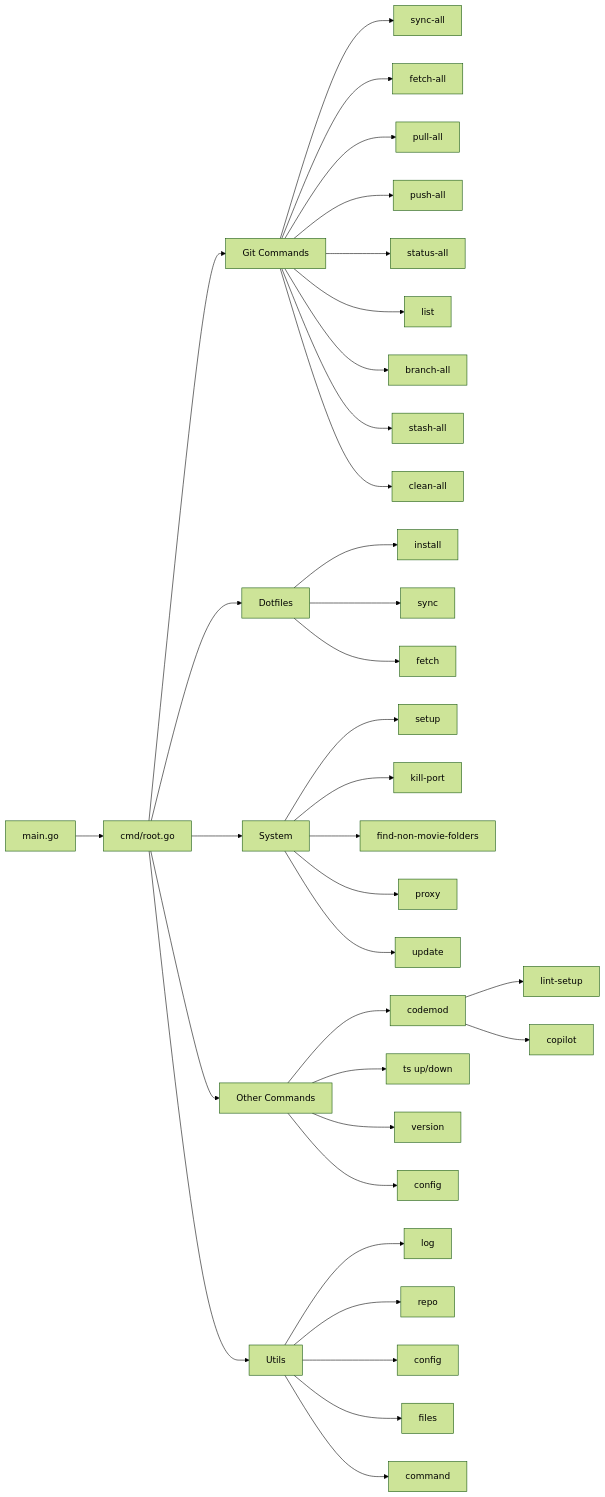
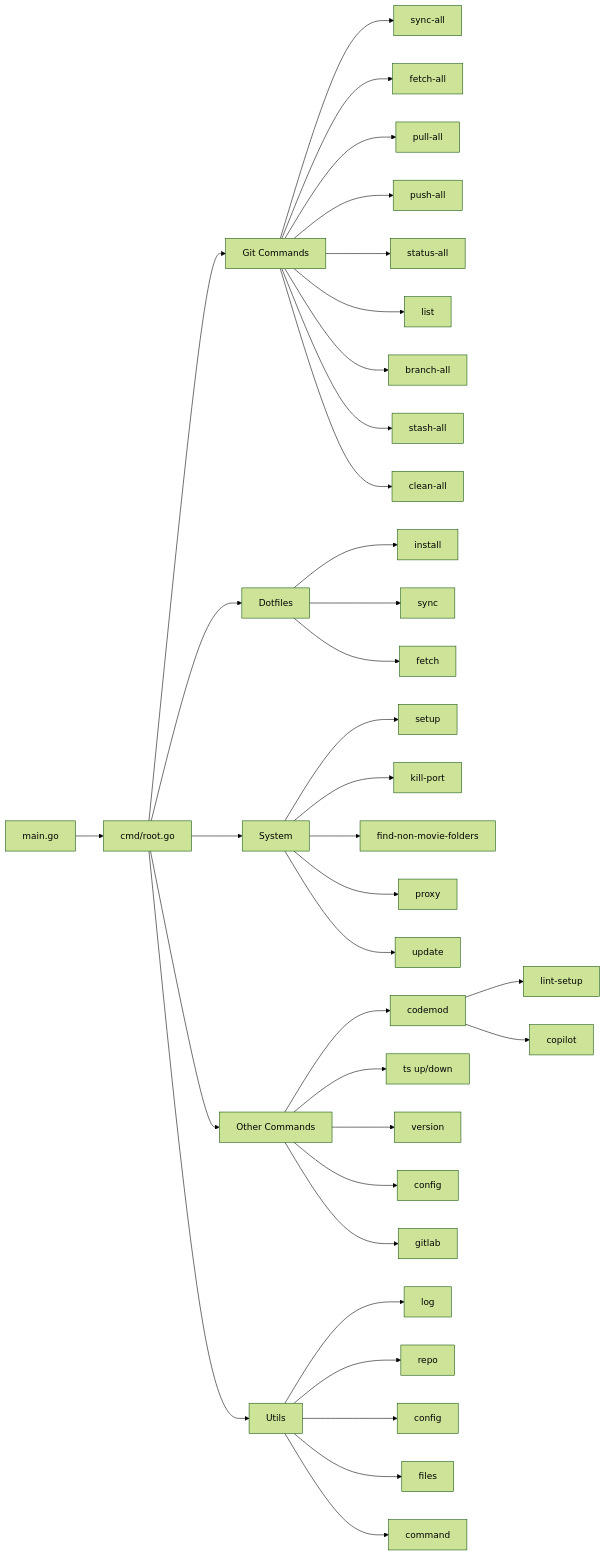
The diagram in README.md (eng618/eng), drawn with Mermaid (forest theme) before and after one commit. The commit also changed other lines of this file and 13 other files, not shown here.

````diff
--- a/README.md
+++ b/README.md
@@ -44,42 +44,43 @@
 ```mermaid
 graph LR
     A[main.go] --> B[cmd/root.go]
     
     B --> C1[Git Commands]
     C1 --> D1[sync-all]
     C1 --> D2[fetch-all]
     C1 --> D3[pull-all]
     C1 --> D4[push-all]
     C1 --> D5[status-all]
     C1 --> D6[list]
     C1 --> D7[branch-all]
     C1 --> D8[stash-all]
     C1 --> D9[clean-all]
     
     B --> C2[Dotfiles]
     C2 --> E1[install]
     C2 --> E2[sync]
     C2 --> E3[fetch]
     
     B --> C3[System]
     C3 --> F1[setup]
     C3 --> F2[kill-port]
     C3 --> F3[find-non-movie-folders]
     C3 --> F4[proxy]
     C3 --> F5[update]
     
     B --> C4[Other Commands]
     C4 --> G1[codemod]
     G1 --> G1a[lint-setup]
     G1 --> G1b[copilot]
     C4 --> G2[ts up/down]
     C4 --> G3[version]
     C4 --> G4[config]
+    C4 --> G5[gitlab]
     
     B --> C5[Utils]
     C5 --> H1[log]
     C5 --> H2[repo]
     C5 --> H3[config]
     C5 --> H4[files]
     C5 --> H5[command]
 ```
````
